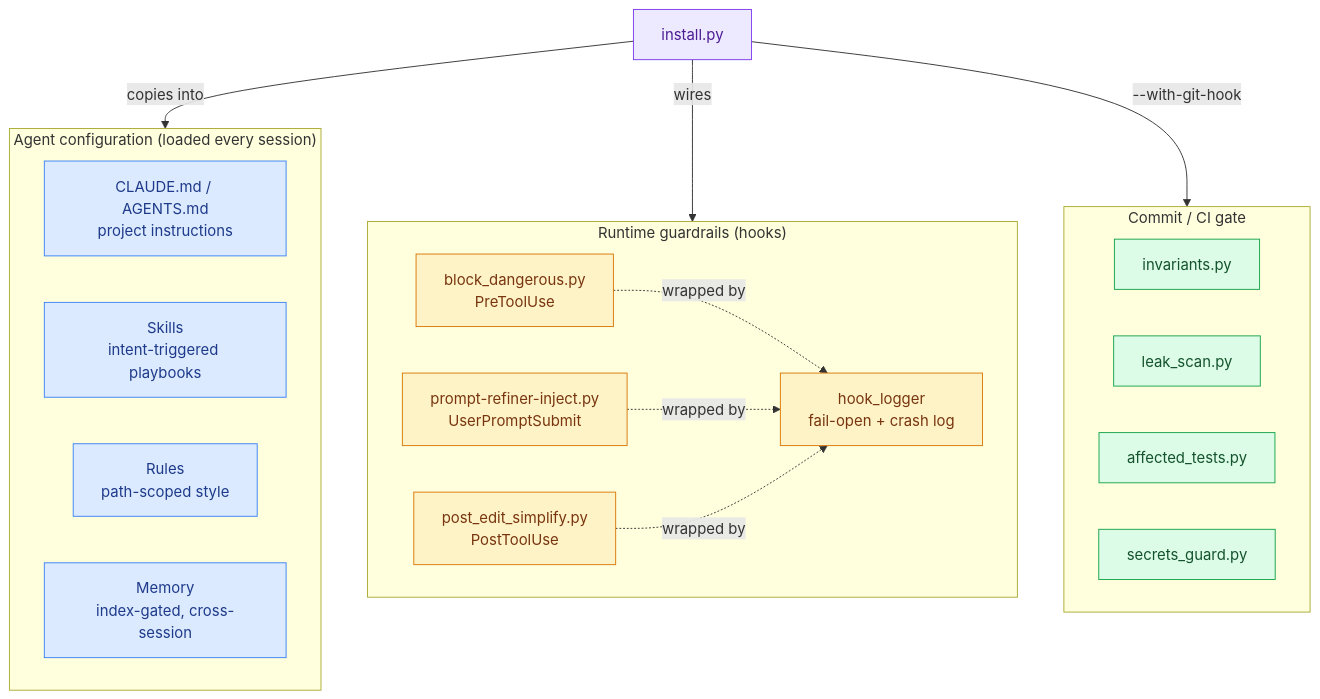
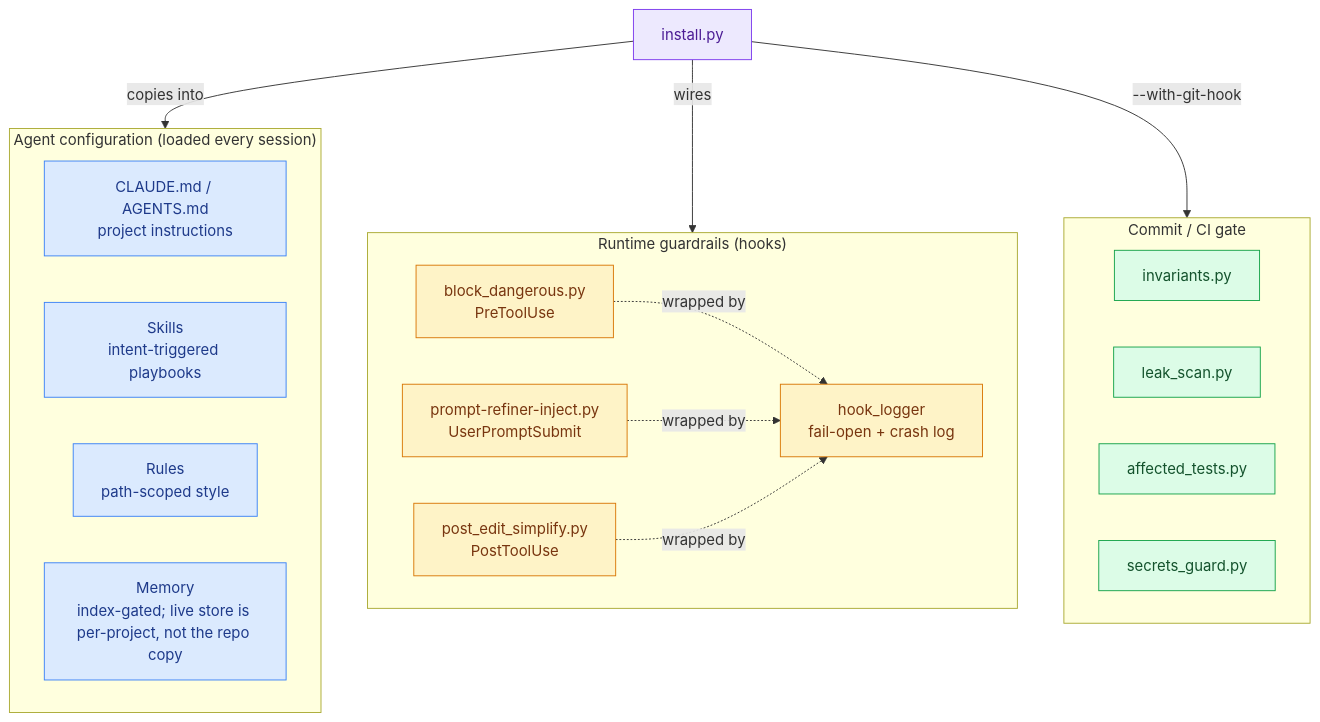
One commit to doivamong/agent-workbench changed the diagram in README.md. Above: the diagram before and after it, drawn with Mermaid. The commit also changed other lines of this file and 4 other files, not shown here.

````diff
--- a/README.md
+++ b/README.md
@@ -107,41 +107,41 @@
 ```mermaid
 flowchart TB
     subgraph agent["Agent configuration (loaded every session)"]
         cfg["CLAUDE.md / AGENTS.md<br/>project instructions"]
         skills["Skills<br/>intent-triggered playbooks"]
         rules["Rules<br/>path-scoped style"]
-        mem["Memory<br/>index-gated, cross-session"]
+        mem["Memory<br/>index-gated; live store is per-project, not the repo copy"]
     end
 
     subgraph guards["Runtime guardrails (hooks)"]
         block["block_dangerous.py<br/>PreToolUse"]
         refine["prompt-refiner-inject.py<br/>UserPromptSubmit"]
         simplify["post_edit_simplify.py<br/>PostToolUse"]
         wrap["hook_logger<br/>fail-open + crash log"]
     end
 
     subgraph gate["Commit / CI gate"]
         inv["invariants.py"]
         leak["leak_scan.py"]
         aff["affected_tests.py"]
         sec["secrets_guard.py"]
     end
 
     install["install.py"] -->|copies into| agent
     install -->|wires| guards
     install -->|"--with-git-hook"| gate
 
     block -.->|wrapped by| wrap
     refine -.->|wrapped by| wrap
     simplify -.->|wrapped by| wrap
 
     classDef config fill:#dbeafe,stroke:#3b82f6,color:#1e3a8a
     classDef hook fill:#fef3c7,stroke:#d97706,color:#78350f
     classDef check fill:#dcfce7,stroke:#16a34a,color:#14532d
     classDef entry fill:#ede9fe,stroke:#7c3aed,color:#4c1d95
 
     class cfg,skills,rules,mem config
     class block,refine,simplify,wrap hook
     class inv,leak,aff,sec check
     class install entry
 ```
````
